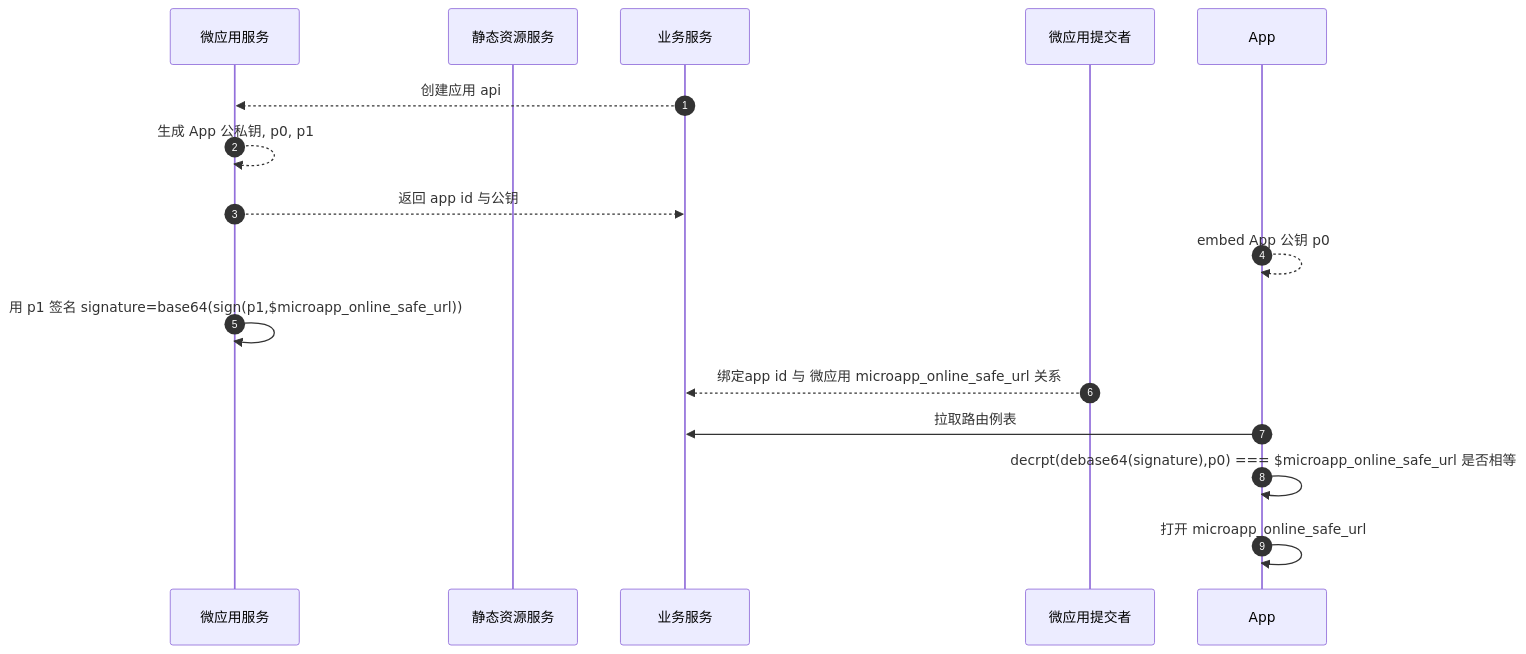
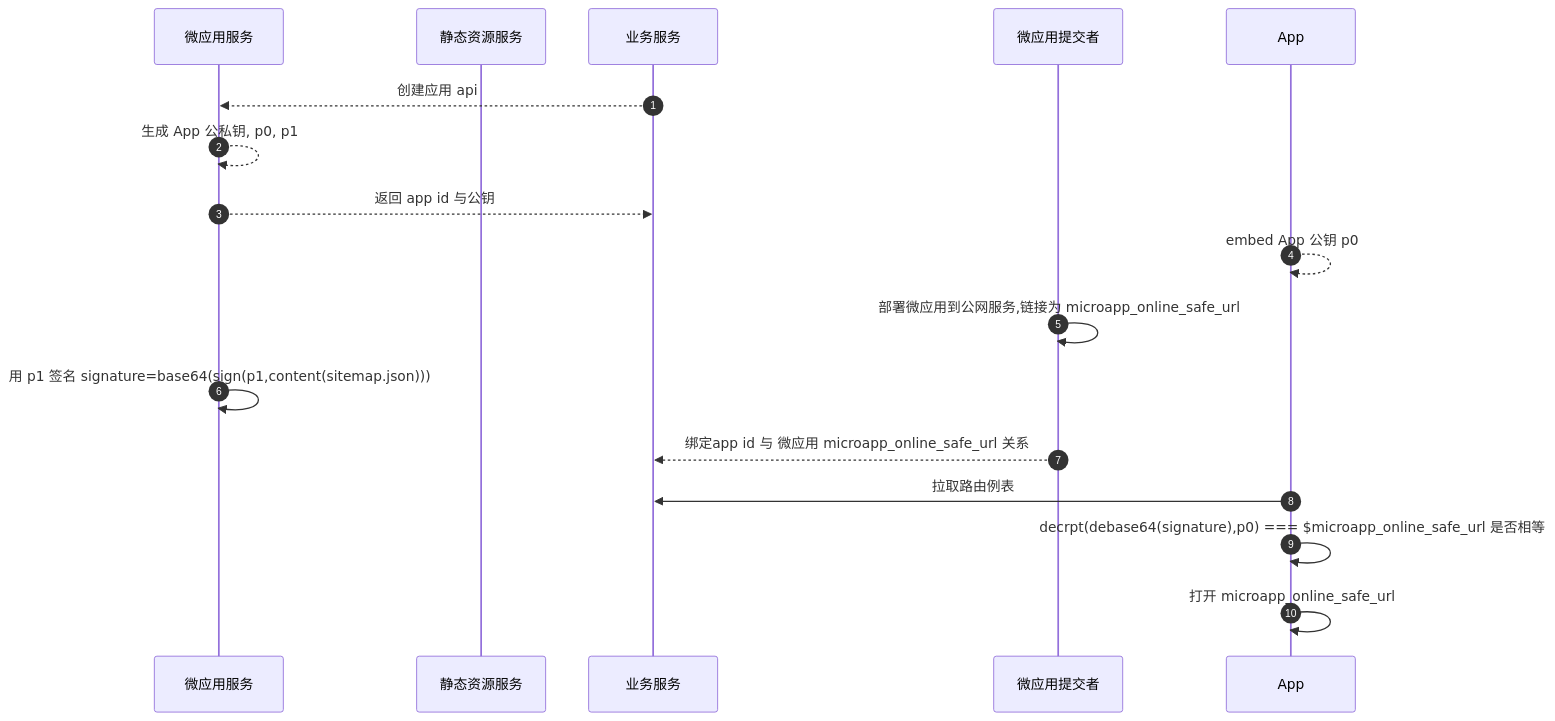
The second of 6 diagrams in modules/x-engine-docs/todos-1.0.md (zk4/x-engine), drawn with Mermaid before and after one commit. The commit also changed other lines of this file, not shown here.

Commit message:
docs(safe): docs udpate

````diff
--- a/modules/x-engine-docs/todos-1.0.md
+++ b/modules/x-engine-docs/todos-1.0.md
@@ -98,24 +108,24 @@
 ``` mermaid
 sequenceDiagram
 	  autonumber
     participant s as 微应用服务 
     participant r as 静态资源服务
     participant b as 业务服务
 	  participant u as 微应用提交者
     participant a as App
 
 
     b-->>s: 创建应用 api
    	s-->>s: 生成 App 公私钥, p0, p1
 		s-->>b: 返回 app id 与公钥
    	a-->>a: embed App 公钥 p0
-   
-   	s->>s: 用 p1 签名 signature=base64(sign(p1,$microapp_online_safe_url)) 
+    u->>u: 部署微应用到公网服务,链接为 microapp_online_safe_url
+   	s->>s: 用 p1 签名 signature=base64(sign(p1,content(sitemap.json)))
 	  u-->>b: 绑定app id 与 微应用 microapp_online_safe_url 关系
 	 
 	  
 	  a->>b: 拉取路由例表
 	 
 	  a->>a: decrpt(debase64(signature),p0) === $microapp_online_safe_url 是否相等
     a->>a: 打开 microapp_online_safe_url
 ```
````
